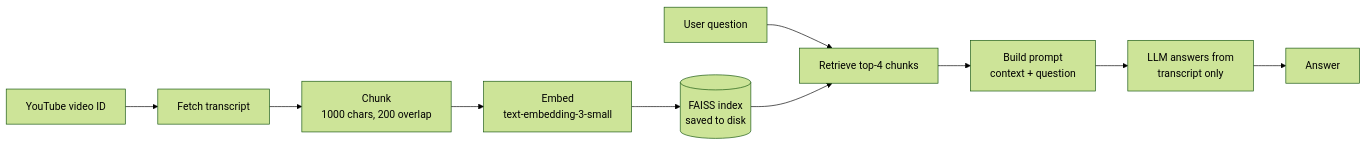
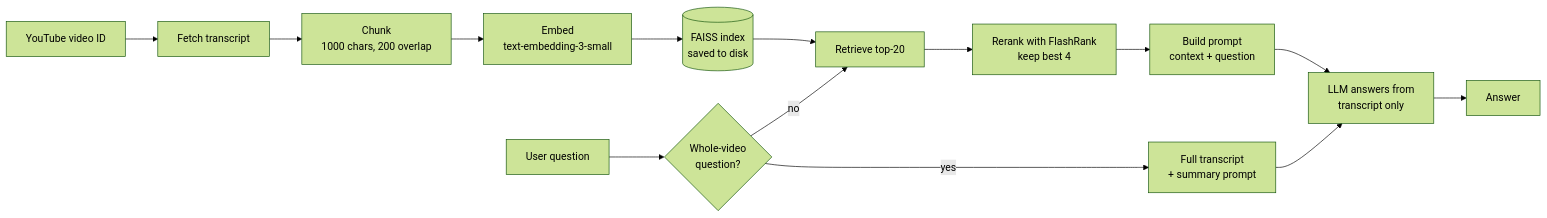
Before and after one commit to Dhruv06000/Self-Evaluating-RAG-System: the diagram in README.md, drawn with Mermaid (forest theme). The commit also changed other lines of this file and 25 other files, not shown here.

````diff
--- a/README.md
+++ b/README.md
@@ -14,12 +14,16 @@
 ```mermaid
 flowchart LR
     A[YouTube video ID] --> B[Fetch transcript]
     B --> C[Chunk<br/>1000 chars, 200 overlap]
     C --> D[Embed<br/>text-embedding-3-small]
     D --> E[(FAISS index<br/>saved to disk)]
-    Q[User question] --> F[Retrieve top-4 chunks]
+    Q[User question] --> R{Whole-video<br/>question?}
+    R -- no --> F[Retrieve top-20]
     E --> F
-    F --> G[Build prompt<br/>context + question]
-    G --> H[LLM answers from<br/>transcript only]
-    H --> I[Answer]
+    F --> G[Rerank with FlashRank<br/>keep best 4]
+    G --> H[Build prompt<br/>context + question]
+    H --> I[LLM answers from<br/>transcript only]
+    R -- yes --> S[Full transcript<br/>+ summary prompt]
+    S --> I
+    I --> J[Answer]
 ```
````
